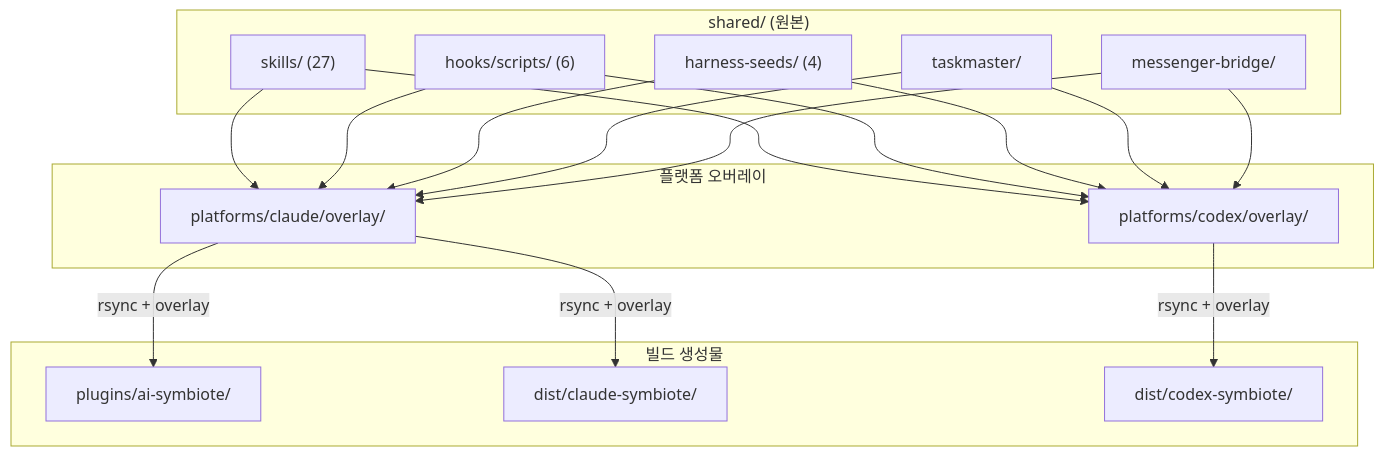
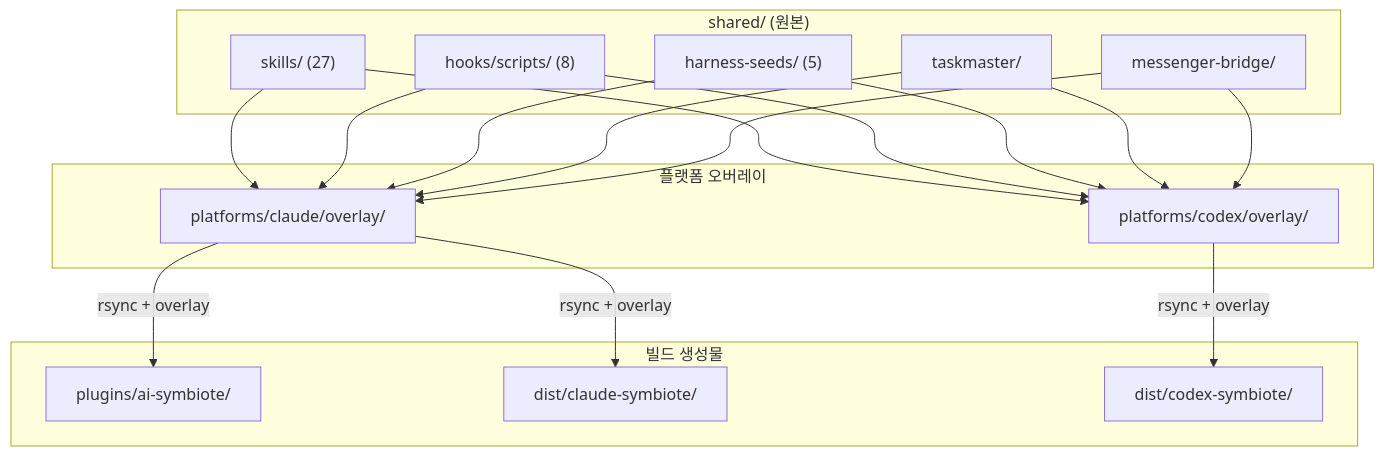
One commit to Jimmy-Jung/ai-symbiote changed the first of 3 diagrams in docs/ARCHITECTURE.md. Above: the diagram before and after it, drawn with Mermaid. The commit also changed other lines of this file and 3 other files, not shown here.

````diff
--- a/docs/ARCHITECTURE.md
+++ b/docs/ARCHITECTURE.md
@@ -29,24 +29,24 @@
 ```mermaid
 flowchart TD
     subgraph "shared/ (원본)"
         SK["skills/ (27)"]
-        HK["hooks/scripts/ (6)"]
-        HS["harness-seeds/ (4)"]
+        HK["hooks/scripts/ (8)"]
+        HS["harness-seeds/ (5)"]
         TM["taskmaster/"]
         MB["messenger-bridge/"]
     end
     subgraph "플랫폼 오버레이"
         CL["platforms/claude/overlay/"]
         CX["platforms/codex/overlay/"]
     end
     subgraph "빌드 생성물"
         PL["plugins/ai-symbiote/"]
         DC["dist/claude-symbiote/"]
         DX["dist/codex-symbiote/"]
     end
     SK & HK & HS & TM & MB --> CL
     SK & HK & HS & TM & MB --> CX
     CL -->|"rsync + overlay"| PL
     CL -->|"rsync + overlay"| DC
     CX -->|"rsync + overlay"| DX
 ```
````
